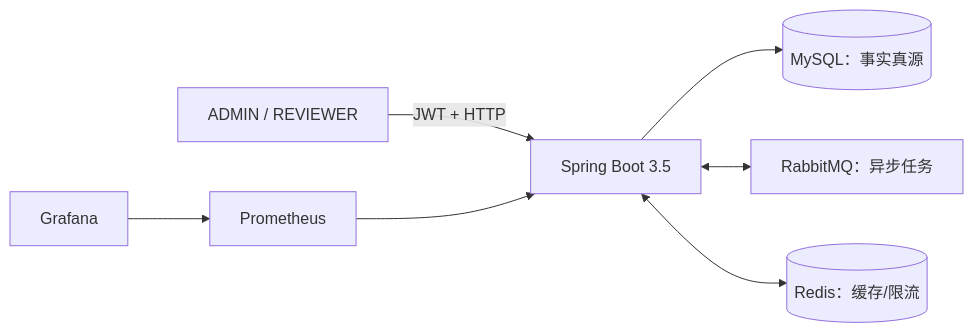
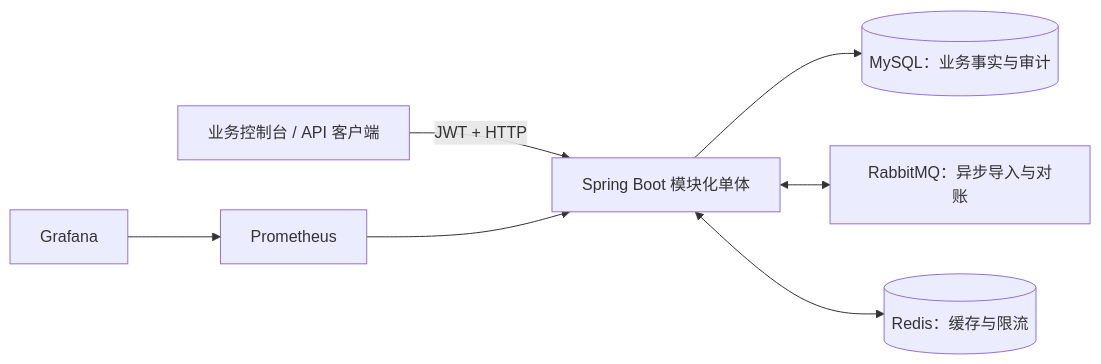
The third of 3 diagrams in README.md (jkwang1129/finguard-core), drawn with Mermaid before and after one commit. The commit also changed other lines of this file and 100 other files, not shown here.

Commit message:
docs: streamline public project presentation and add workflow diagrams (#3)

````diff
--- a/README.md
+++ b/README.md
@@ -11,9 +90,9 @@
 ```mermaid
 flowchart LR
-    User["ADMIN / REVIEWER"] -->|"JWT + HTTP"| App["Spring Boot 3.5"]
-    App --> MySQL[("MySQL：事实真源")]
-    App <--> MQ["RabbitMQ：异步任务"]
-    App <--> Redis[("Redis：缓存/限流")]
+    User["业务控制台 / API 客户端"] -->|"JWT + HTTP"| App["Spring Boot 模块化单体"]
+    App --> MySQL[("MySQL：业务事实与审计")]
+    App <--> MQ["RabbitMQ：异步导入与对账"]
+    App <--> Redis[("Redis：缓存与限流")]
     Prom["Prometheus"] --> App
     Grafana["Grafana"] --> Prom
 ```
````
